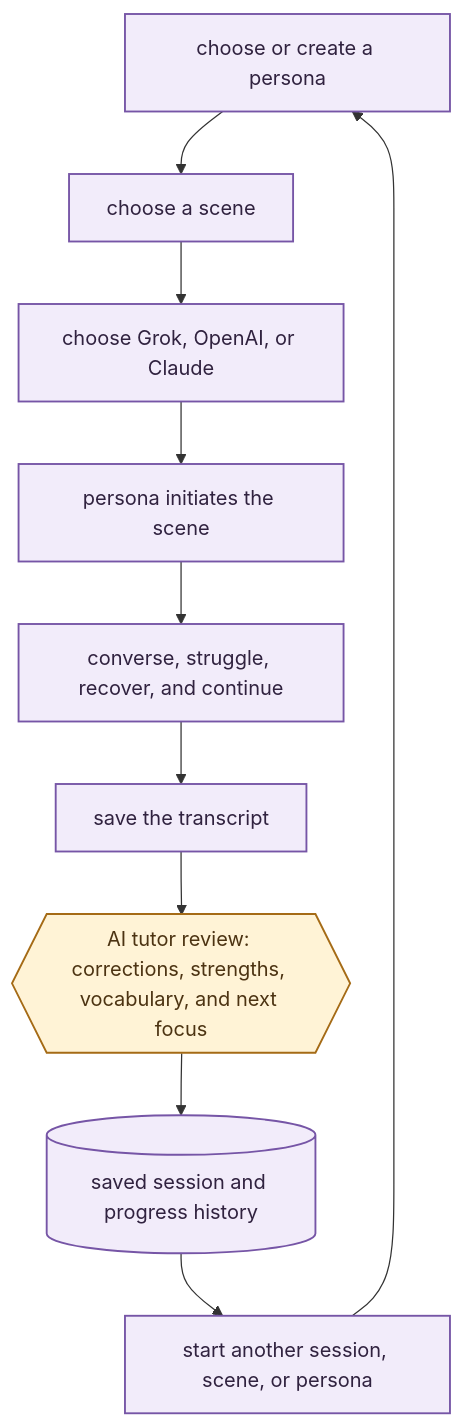
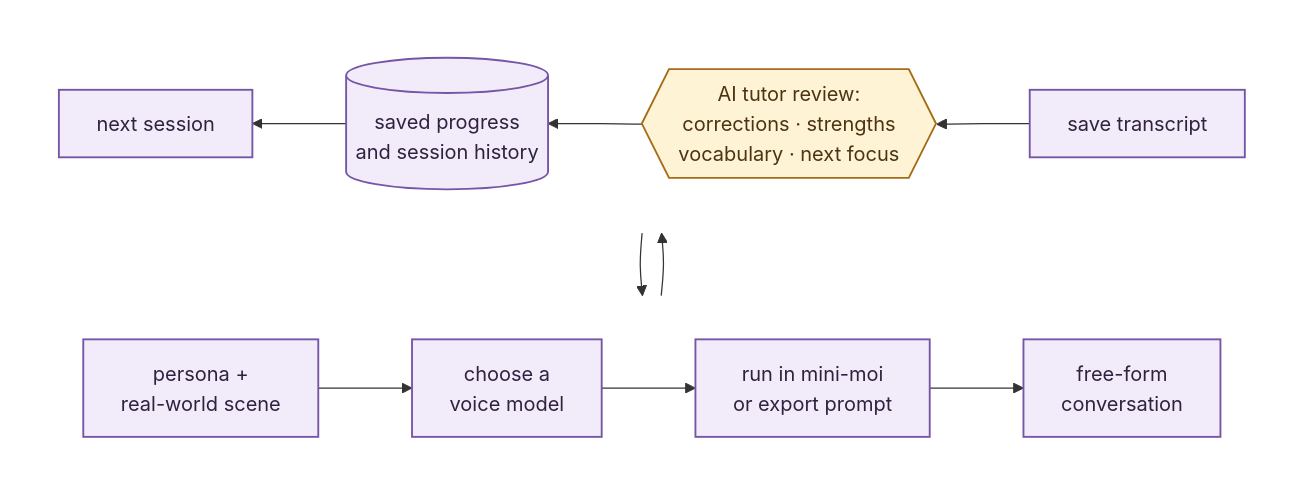
One commit to robertvanstedum/personal-ai-agents changed the fourth of 5 diagrams in README.md. Above: the diagram before and after it, drawn with Mermaid. The commit also changed other lines of this file and 14 other files, not shown here.

````diff
--- a/README.md
+++ b/README.md
@@ -113,17 +163,26 @@
 ```mermaid
-flowchart TD
-    A[choose or create a persona] --> B[choose a scene]
-    B --> M[choose Grok, OpenAI, or Claude]
-    M --> C[persona initiates the scene]
-    C --> D[converse, struggle, recover, and continue]
-    D --> E[save the transcript]
-    E --> F{{"AI tutor review: corrections, strengths, vocabulary, and next focus"}}
-    F --> G[(saved session and progress history)]
-    G --> H[start another session, scene, or persona]
+flowchart TB
+    subgraph TOP[" "]
+        direction LR
+        A[persona +<br/>real-world scene] --> B[choose a<br/>voice model]
+        B --> C[run in mini-moi<br/>or export prompt]
+        C --> D[free-form<br/>conversation]
+    end
+
+    subgraph BOTTOM[" "]
+        direction RL
+        E[save transcript] --> F{{"AI tutor review:<br/>corrections · strengths<br/>vocabulary · next focus"}}
+        F --> G[(saved progress<br/>and session history)]
+        G --> H[next session]
+    end
+
+    D --> E
     H --> A
 
     classDef language fill:#F2ECFA,stroke:#7655A6,color:#30223F,stroke-width:1.5px
     classDef ai fill:#FFF3D6,stroke:#A56B16,color:#4C3312,stroke-width:1.5px
-    class A,B,M,C,D,E,G,H language
+    class A,B,C,D,E,G,H language
     class F ai
+    style TOP fill:transparent,stroke:transparent
+    style BOTTOM fill:transparent,stroke:transparent
 ```
````
